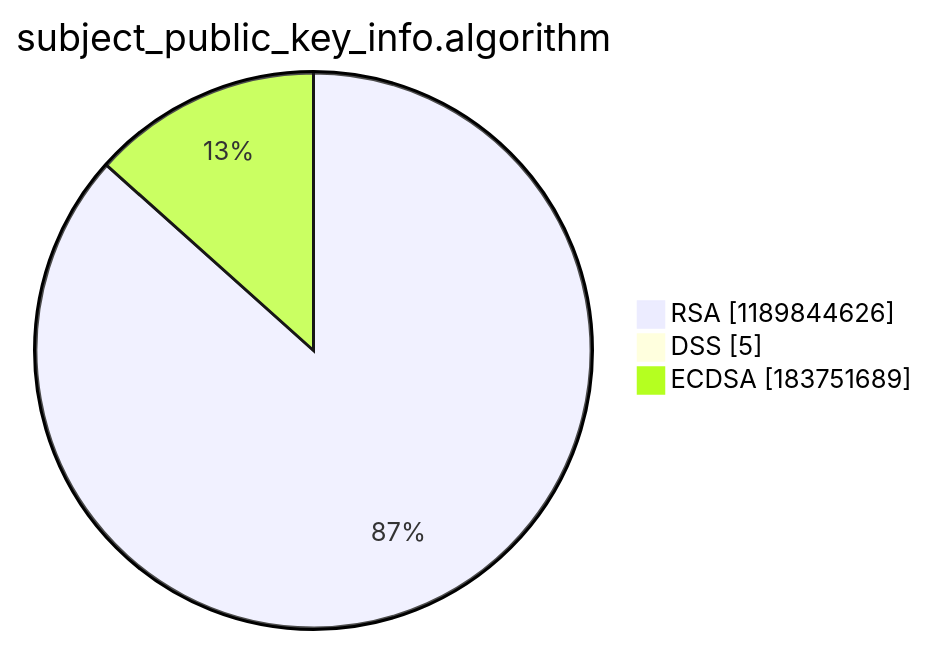
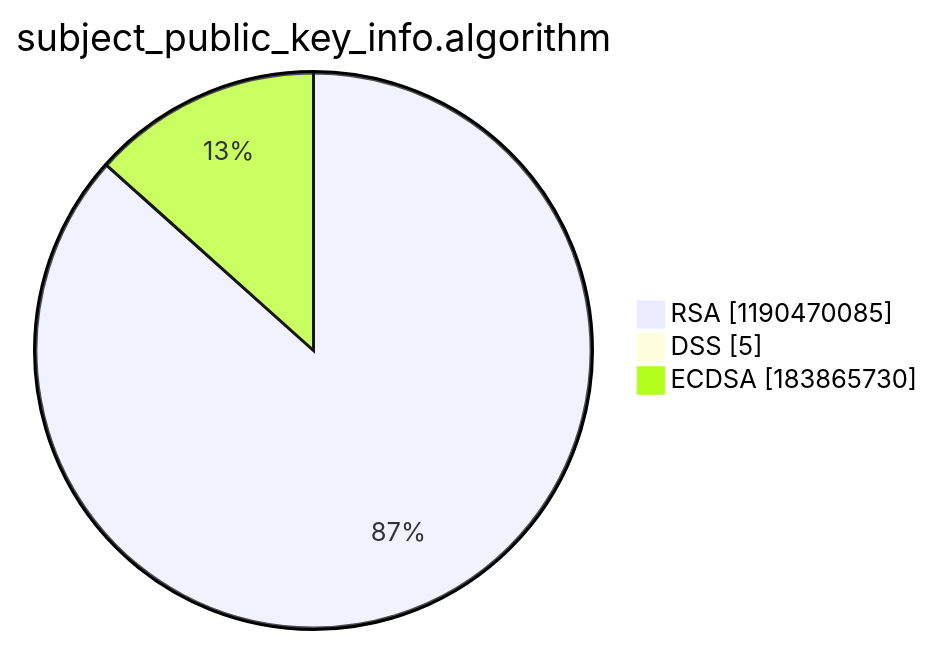
The third of 15 diagrams in argon2022/README.md (christiankrug/ctmonitor_visualization), drawn with Mermaid before and after one commit. The commit also changed other lines of this file, not shown here.

````diff
--- a/argon2022/README.md
+++ b/argon2022/README.md
@@ -14,7 +14,7 @@
 ```mermaid
 pie showData
 title subject_public_key_info.algorithm
-"RSA" :1189844626
+"RSA" :1190470085
 "DSS" :5
-"ECDSA" :183751689
+"ECDSA" :183865730
 ```
````
